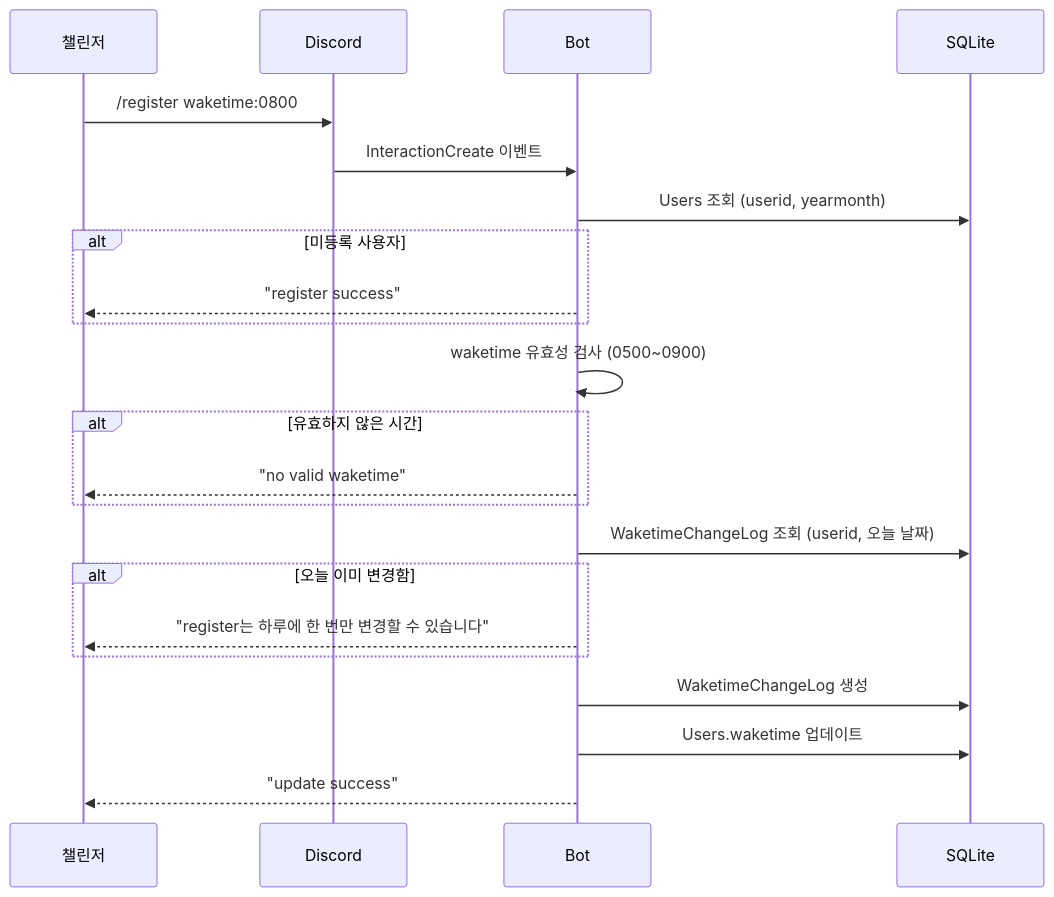
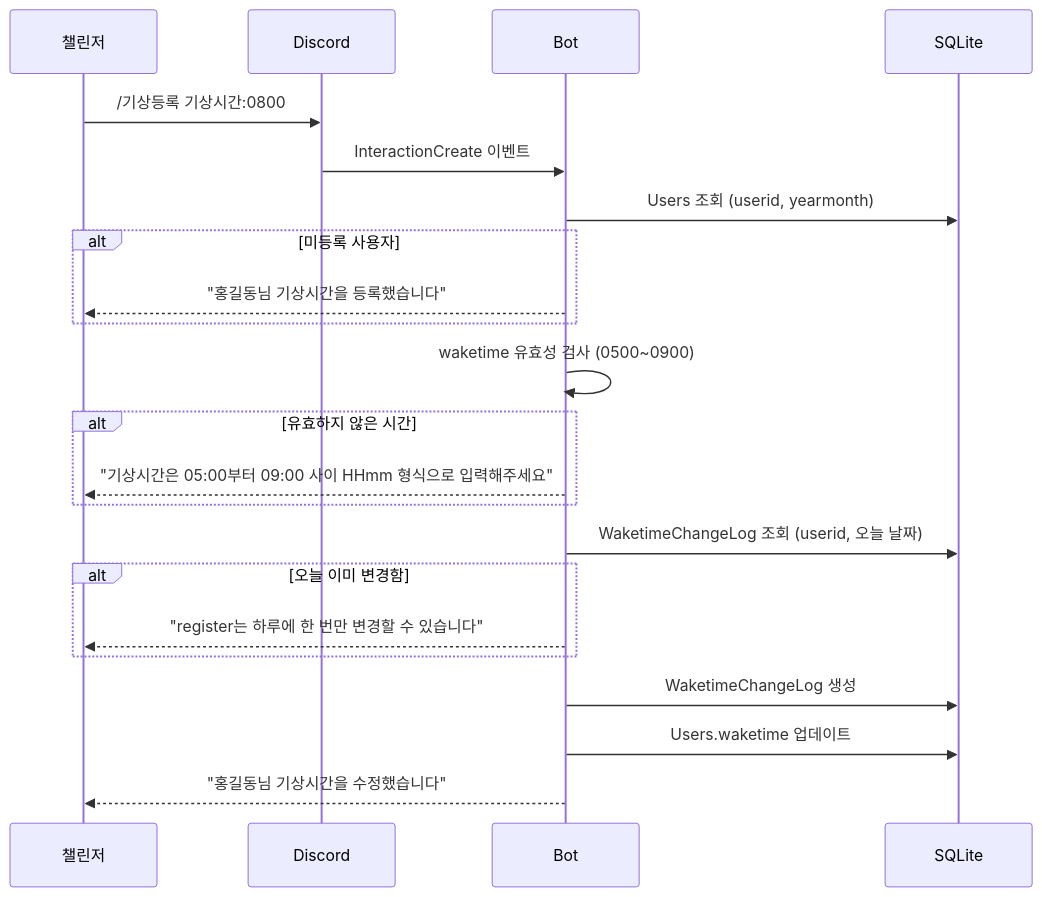
One commit to honki12345/haruharu-discord-bot changed diagram 15 of 16 in docs/USER_STORIES.md. Above: the diagram before and after it, drawn with Mermaid. The commit also changed other lines of this file and 16 other files, not shown here.

````diff
--- a/docs/USER_STORIES.md
+++ b/docs/USER_STORIES.md
@@ -649,29 +651,29 @@
 ```mermaid
 sequenceDiagram
     participant U as 챌린저
     participant D as Discord
     participant B as Bot
     participant DB as SQLite
 
-    U->>D: /register waketime:0800
+    U->>D: /기상등록 기상시간:0800
     D->>B: InteractionCreate 이벤트
 
     B->>DB: Users 조회 (userid, yearmonth)
     alt 미등록 사용자
-        B-->>U: "register success"
+        B-->>U: "홍길동님 기상시간을 등록했습니다"
     end
 
     B->>B: waketime 유효성 검사 (0500~0900)
     alt 유효하지 않은 시간
-        B-->>U: "no valid waketime"
+        B-->>U: "기상시간은 05:00부터 09:00 사이 HHmm 형식으로 입력해주세요"
     end
 
     B->>DB: WaketimeChangeLog 조회 (userid, 오늘 날짜)
     alt 오늘 이미 변경함
         B-->>U: "register는 하루에 한 번만 변경할 수 있습니다"
     end
 
     B->>DB: WaketimeChangeLog 생성
     B->>DB: Users.waketime 업데이트
-    B-->>U: "update success"
+    B-->>U: "홍길동님 기상시간을 수정했습니다"
 ```
````
